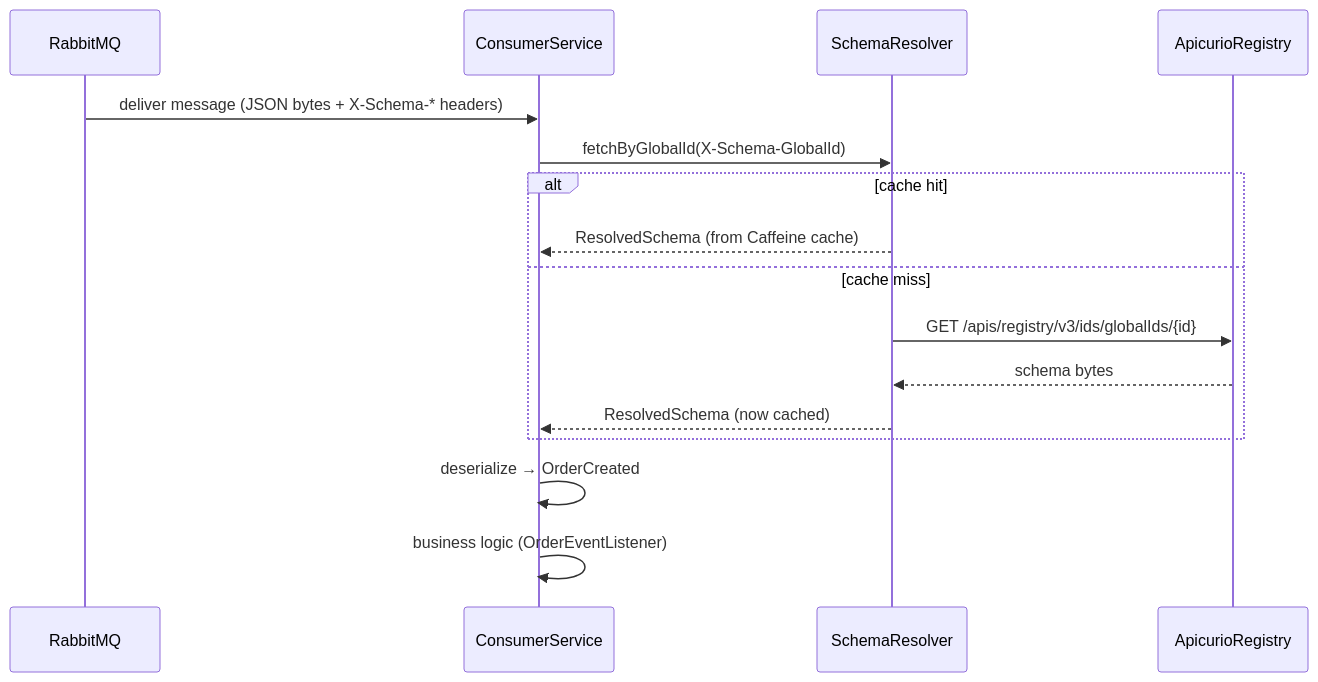
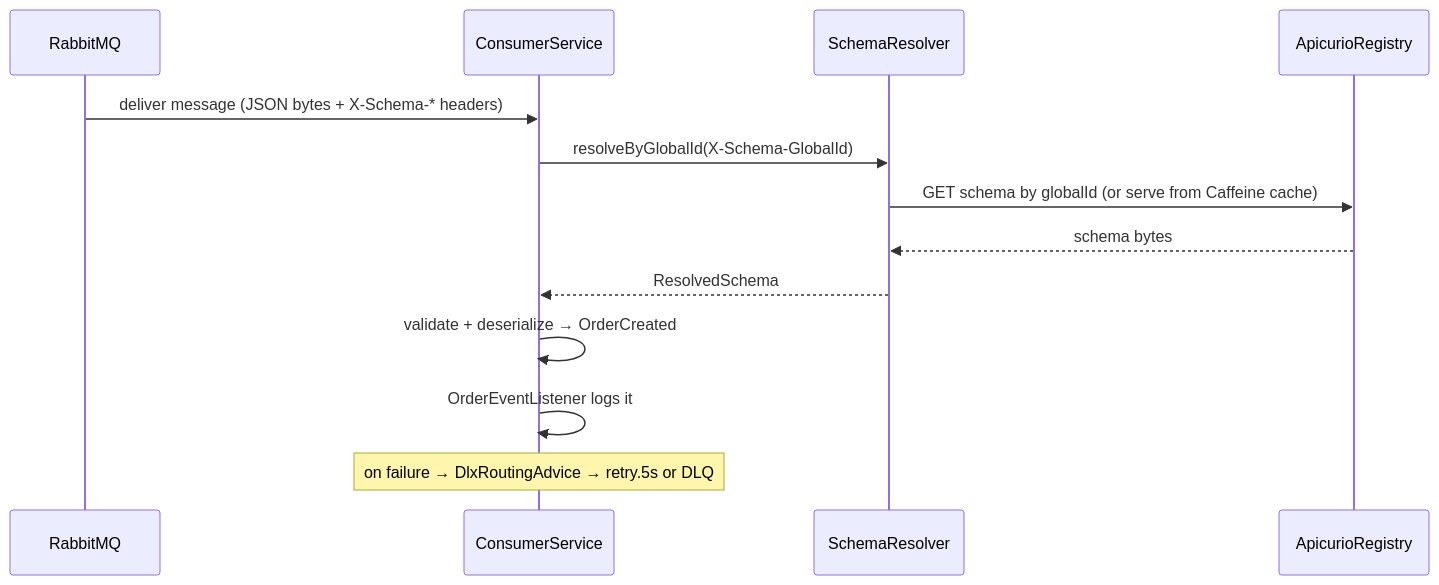
Before and after one commit to anarefin/schema-registry-demo: the second of 3 diagrams in README.md, drawn with Mermaid. The commit also changed other lines of this file and 61 other files, not shown here.

````diff
--- a/README.md
+++ b/README.md
@@ -213,19 +86,16 @@
 ```mermaid
 sequenceDiagram
     participant MQ as RabbitMQ
     participant CS as ConsumerService
     participant R as SchemaResolver
     participant A as ApicurioRegistry
 
     MQ->>CS: deliver message (JSON bytes + X-Schema-* headers)
-    CS->>R: fetchByGlobalId(X-Schema-GlobalId)
-    alt cache hit
-        R-->>CS: ResolvedSchema (from Caffeine cache)
-    else cache miss
-        R->>A: GET /apis/registry/v3/ids/globalIds/{id}
-        A-->>R: schema bytes
-        R-->>CS: ResolvedSchema (now cached)
-    end
-    CS->>CS: deserialize → OrderCreated
-    CS->>CS: business logic (OrderEventListener)
+    CS->>R: resolveByGlobalId(X-Schema-GlobalId)
+    R->>A: GET schema by globalId (or serve from Caffeine cache)
+    A-->>R: schema bytes
+    R-->>CS: ResolvedSchema
+    CS->>CS: validate + deserialize → OrderCreated
+    CS->>CS: OrderEventListener logs it
+    Note over CS: on failure → DlxRoutingAdvice → retry.5s or DLQ
 ```
````
